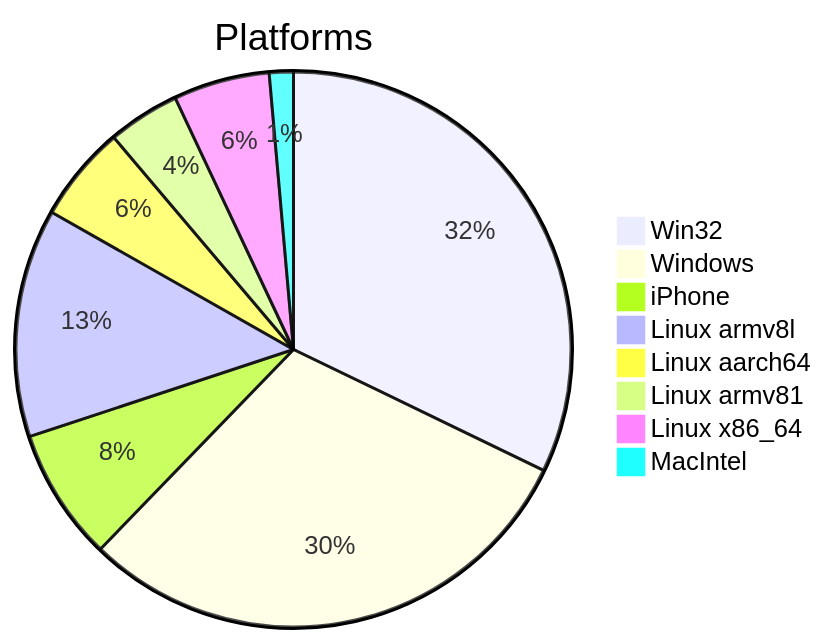
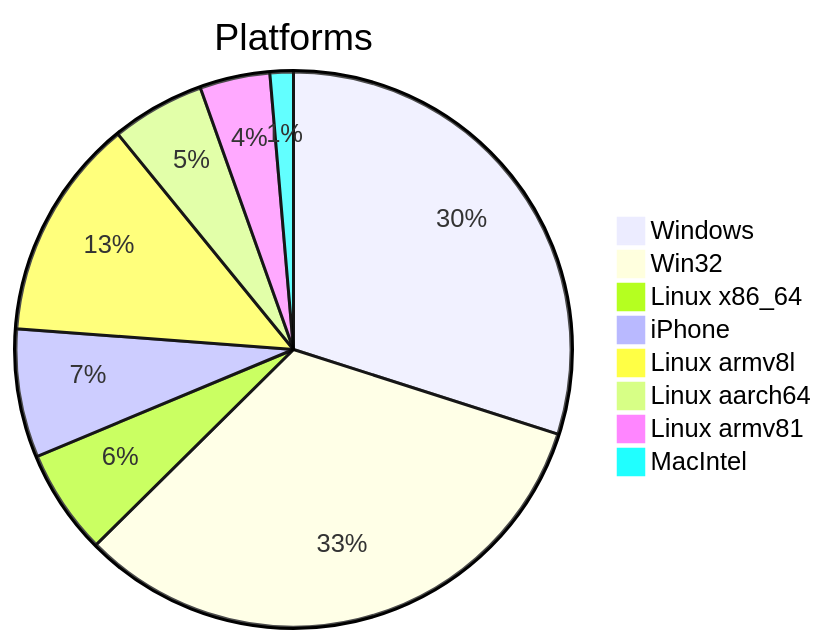
The first of 2 diagrams in DATA_REPORT.md (Krugou/socials), drawn with Mermaid before and after one commit. The commit also changed other lines of this file and 2 other files, not shown here.

````diff
--- a/DATA_REPORT.md
+++ b/DATA_REPORT.md
@@ -9,11 +9,11 @@
 ```mermaid
 pie title Platforms
-    "Win32" : 46
-    "Windows" : 43
+    "Windows" : 44
+    "Win32" : 48
+    "Linux x86_64" : 9
     "iPhone" : 11
     "Linux armv8l" : 19
     "Linux aarch64" : 8
     "Linux armv81" : 6
-    "Linux x86_64" : 8
     "MacIntel" : 2
 ```
````
